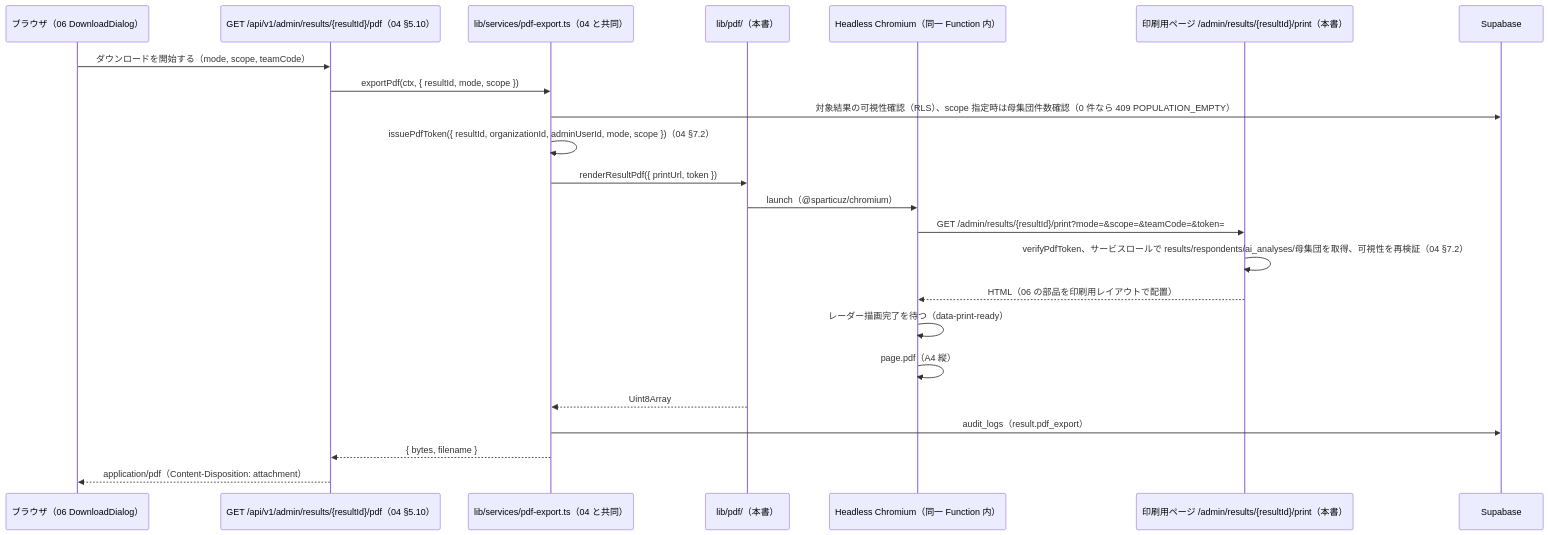
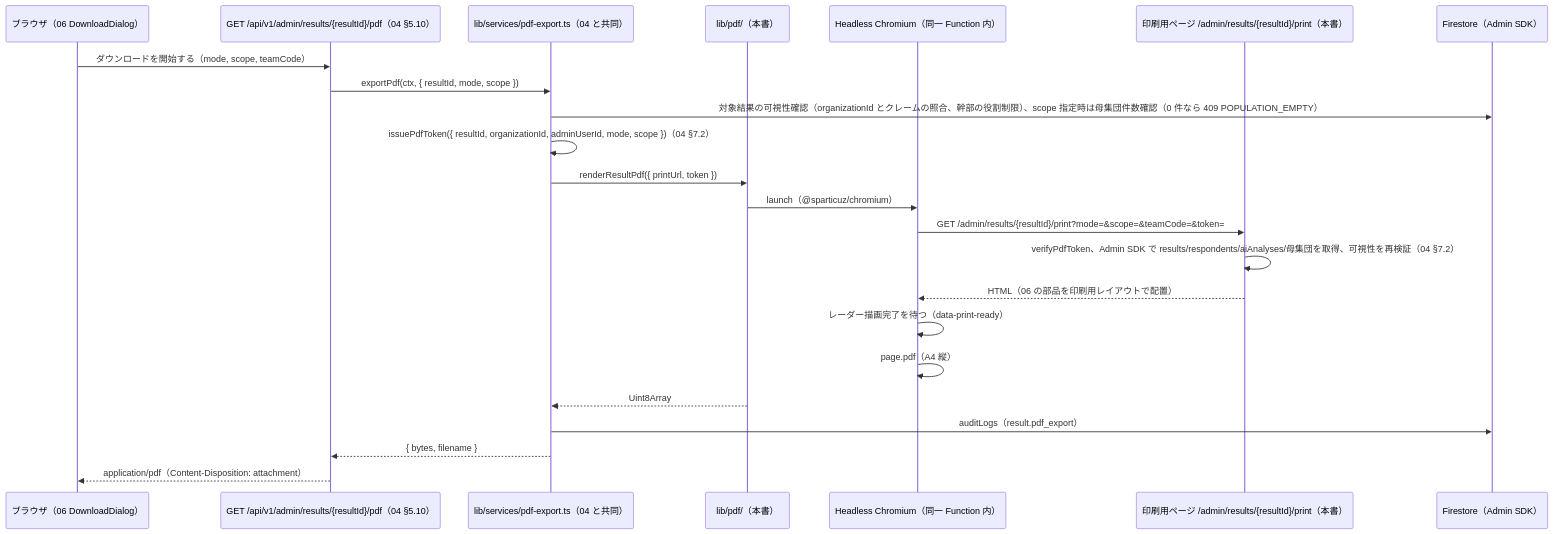
The third of 3 diagrams in docs/基本設計/07_AI解説とPDF.md (tanukichiyamaguchi/Tekisei-Kensa), drawn with Mermaid before and after one commit. The commit also changed other lines of this file and 4 other files, not shown here.

````diff
--- a/docs/基本設計/07_AI解説とPDF.md
+++ b/docs/基本設計/07_AI解説とPDF.md
@@ -894,26 +900,26 @@
 ```mermaid
 sequenceDiagram
     participant B as ブラウザ（06 DownloadDialog）
     participant API as GET /api/v1/admin/results/{resultId}/pdf（04 §5.10）
     participant S as lib/services/pdf-export.ts（04 と共同）
     participant P as lib/pdf/（本書）
     participant CH as Headless Chromium（同一 Function 内）
     participant PP as 印刷用ページ /admin/results/{resultId}/print（本書）
-    participant DB as Supabase
+    participant DB as Firestore（Admin SDK）
 
     B->>API: ダウンロードを開始する（mode, scope, teamCode）
     API->>S: exportPdf(ctx, { resultId, mode, scope })
-    S->>DB: 対象結果の可視性確認（RLS）、scope 指定時は母集団件数確認（0 件なら 409 POPULATION_EMPTY）
+    S->>DB: 対象結果の可視性確認（organizationId とクレームの照合、幹部の役割制限）、scope 指定時は母集団件数確認（0 件なら 409 POPULATION_EMPTY）
     S->>S: issuePdfToken({ resultId, organizationId, adminUserId, mode, scope })（04 §7.2）
     S->>P: renderResultPdf({ printUrl, token })
     P->>CH: launch（@sparticuz/chromium）
     CH->>PP: GET /admin/results/{resultId}/print?mode=&scope=&teamCode=&token=
-    PP->>PP: verifyPdfToken、サービスロールで results/respondents/ai_analyses/母集団を取得、可視性を再検証（04 §7.2）
+    PP->>PP: verifyPdfToken、Admin SDK で results/respondents/aiAnalyses/母集団を取得、可視性を再検証（04 §7.2）
     PP-->>CH: HTML（06 の部品を印刷用レイアウトで配置）
     CH->>CH: レーダー描画完了を待つ（data-print-ready）
     CH->>CH: page.pdf（A4 縦）
     P-->>S: Uint8Array
-    S->>DB: audit_logs（result.pdf_export）
+    S->>DB: auditLogs（result.pdf_export）
     S-->>API: { bytes, filename }
     API-->>B: application/pdf（Content-Disposition: attachment）
 ```
````
